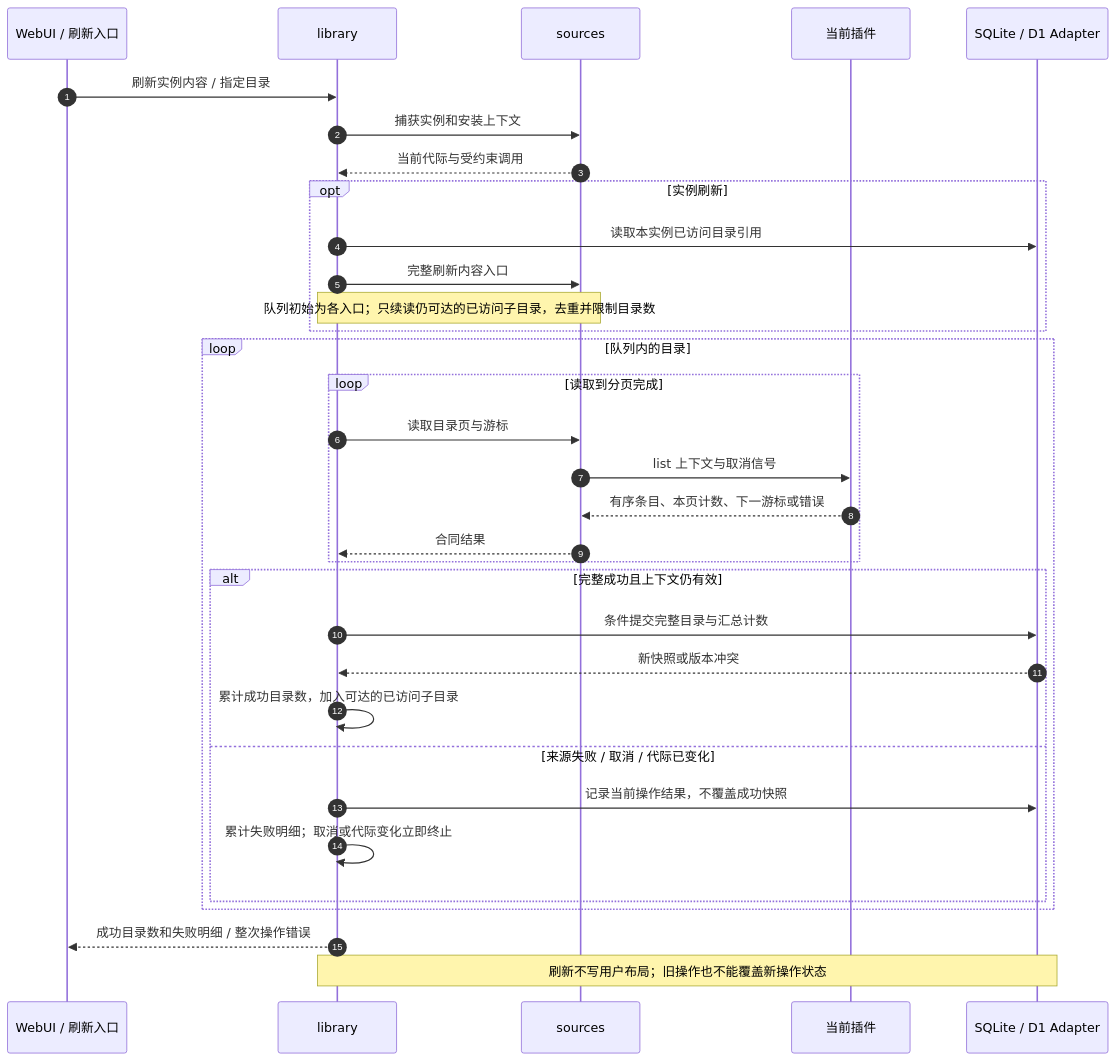
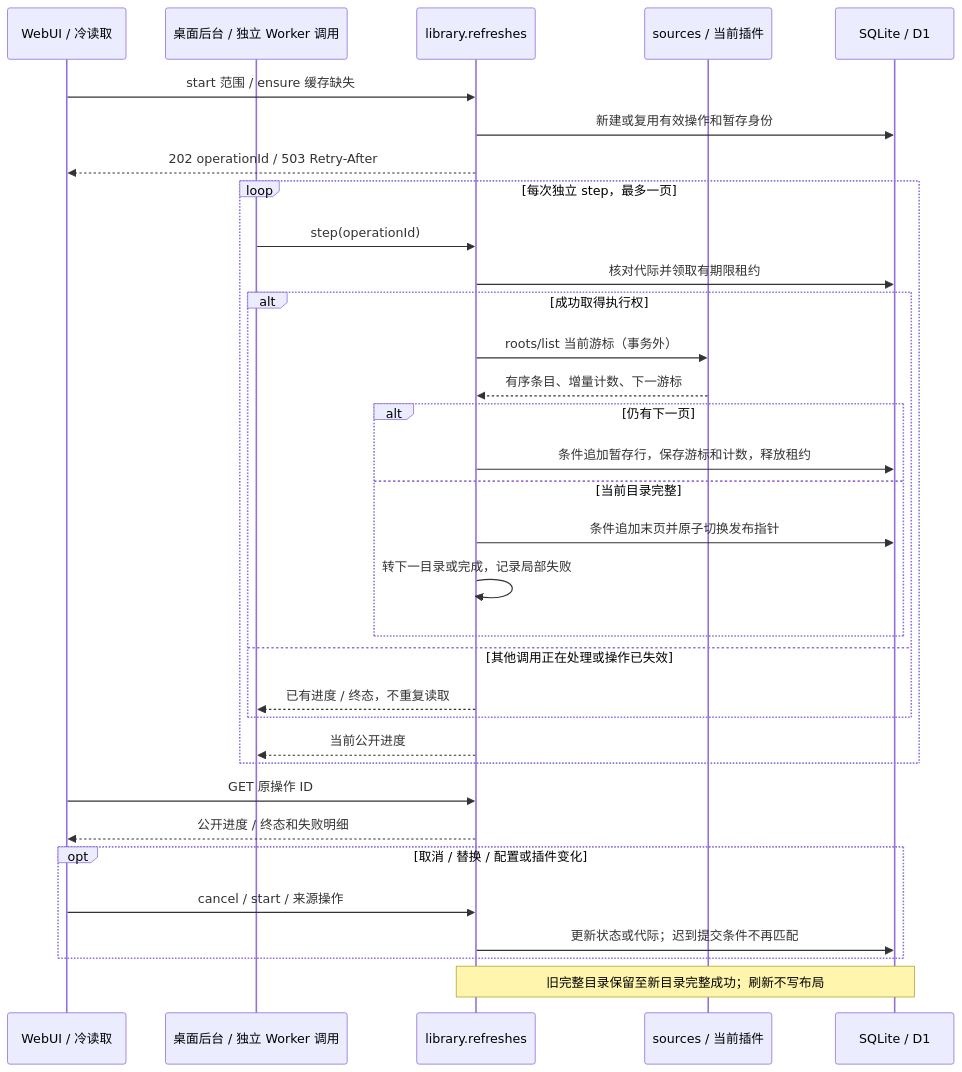
Before and after one commit to shengyusi-SYS/musicfs: diagram 11 of 12 in docs/architecture/diagrams.md, drawn with Mermaid. The commit also changed other lines of this file and 50 other files, not shown here.

Commit message:
feat: persist paged refreshes across desktop and Worker requests

````diff
--- a/docs/architecture/diagrams.md
+++ b/docs/architecture/diagrams.md
@@ -287,35 +287,35 @@
 ```mermaid
 sequenceDiagram
-  autonumber
-  participant UI as WebUI / 刷新入口
-  participant L as library
-  participant S as sources
-  participant P as 当前插件
-  participant DB as SQLite / D1 Adapter
-  UI->>L: 刷新实例内容 / 指定目录
-  L->>S: 捕获实例和安装上下文
-  S-->>L: 当前代际与受约束调用
-  opt 实例刷新
-    L->>DB: 读取本实例已访问目录引用
-    L->>S: 完整刷新内容入口
-    Note over L,S: 队列初始为各入口；只续读仍可达的已访问子目录，去重并限制目录数
+  participant UI as WebUI / 冷读取
+  participant H as 桌面后台 / 独立 Worker 调用
+  participant L as library.refreshes
+  participant P as sources / 当前插件
+  participant DB as SQLite / D1
+  UI->>L: start 范围 / ensure 缓存缺失
+  L->>DB: 新建或复用有效操作和暂存身份
+  L-->>UI: 202 operationId / 503 Retry-After
+  loop 每次独立 step，最多一页
+    H->>L: step(operationId)
+    L->>DB: 核对代际并领取有期限租约
+    alt 成功取得执行权
+      L->>P: roots/list 当前游标（事务外）
+      P-->>L: 有序条目、增量计数、下一游标
+      alt 仍有下一页
+        L->>DB: 条件追加暂存行，保存游标和计数，释放租约
+      else 当前目录完整
+        L->>DB: 条件追加末页并原子切换发布指针
+        L->>L: 转下一目录或完成，记录局部失败
+      end
+    else 其他调用正在处理或操作已失效
+      L-->>H: 已有进度 / 终态，不重复读取
+    end
+    L-->>H: 当前公开进度
   end
-  loop 队列内的目录
-  loop 读取到分页完成
-    L->>S: 读取目录页与游标
-    S->>P: list 上下文与取消信号
-    P-->>S: 有序条目、本页计数、下一游标或错误
-    S-->>L: 合同结果
+  UI->>L: GET 原操作 ID
+  L-->>UI: 公开进度 / 终态和失败明细
+  opt 取消 / 替换 / 配置或插件变化
+    UI->>L: cancel / start / 来源操作
+    L->>DB: 更新状态或代际；迟到提交条件不再匹配
   end
-  alt 完整成功且上下文仍有效
-    L->>DB: 条件提交完整目录与汇总计数
-    DB-->>L: 新快照或版本冲突
-    L->>L: 累计成功目录数，加入可达的已访问子目录
-  else 来源失败 / 取消 / 代际已变化
-    L->>DB: 记录当前操作结果，不覆盖成功快照
-    L->>L: 累计失败明细；取消或代际变化立即终止
-  end
-  end
-  L-->>UI: 成功目录数和失败明细 / 整次操作错误
-  Note over L,DB: 刷新不写用户布局；旧操作也不能覆盖新操作状态
+  Note over L,DB: 旧完整目录保留至新目录完整成功；刷新不写布局
 ```
````
